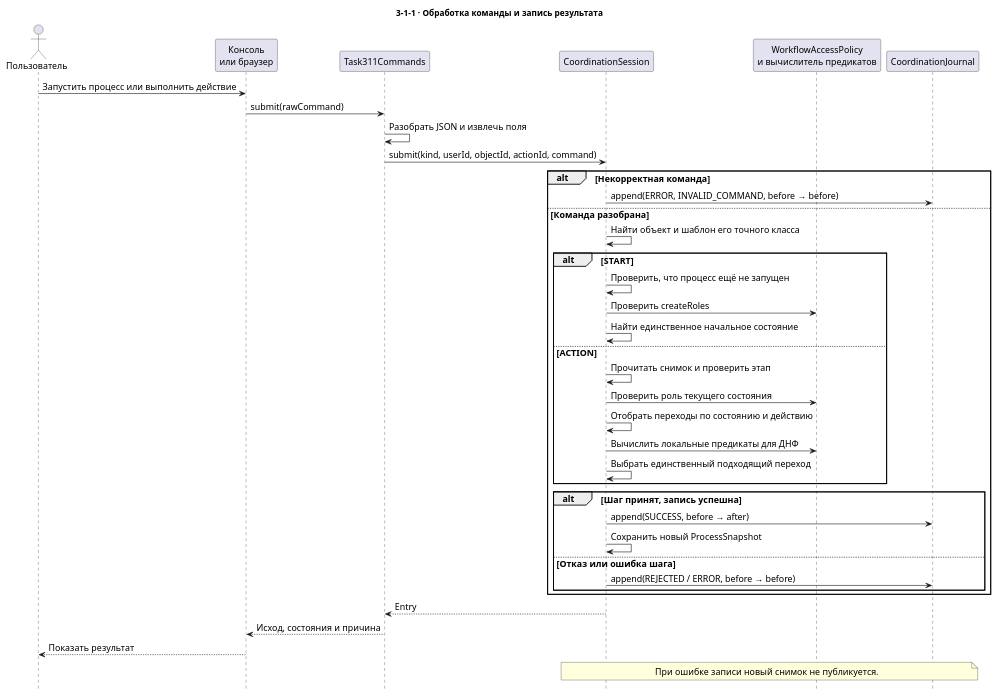
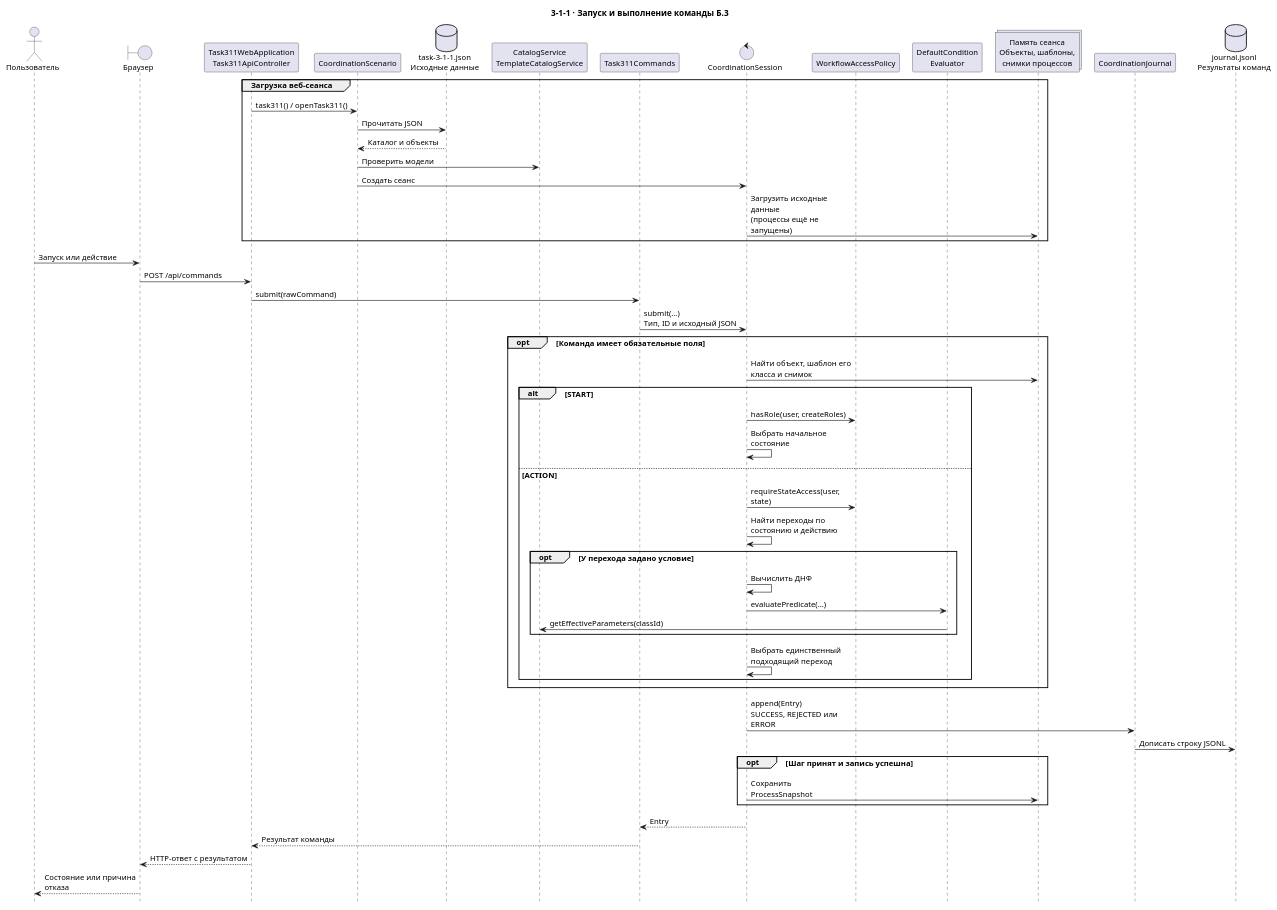
Before and after one commit to RamanPan/MOIPIS-labs: the diagram in lab1/docs/diagrams/medium/task-3-1-1/command.puml, drawn with PlantUML. The commit also changed 3 other files, not shown here.

Commit message:
add diagrams

```diff
--- a/lab1/docs/diagrams/medium/task-3-1-1/command.puml
+++ b/lab1/docs/diagrams/medium/task-3-1-1/command.puml
@@ -1,46 +1,64 @@
 @startuml
-title 3-1-1 · Обработка команды и запись результата
+!pragma teoz true
+title 3-1-1 · Запуск и выполнение команды Б.3
 hide footbox
 skinparam shadowing false
-skinparam defaultFontSize 15
+skinparam defaultFontSize 13
+skinparam ParticipantPadding 6
+skinparam maxMessageSize 170
 
 actor "Пользователь" as User
-participant "Консоль\nили браузер" as Input
+boundary "Браузер" as Browser
+participant "Task311WebApplication\nTask311ApiController" as Web
+participant CoordinationScenario as Scenario
+database "task-3-1-1.json\nИсходные данные" as Seed
+participant "CatalogService\nTemplateCatalogService" as Catalog
 participant Task311Commands as Commands
-participant CoordinationSession as Session
-participant "WorkflowAccessPolicy\nи вычислитель предикатов" as Checks
+control CoordinationSession as Session
+participant WorkflowAccessPolicy as Roles
+participant "DefaultCondition\nEvaluator" as Evaluator
+collections "Память сеанса\nОбъекты, шаблоны,\nснимки процессов" as Memory
 participant CoordinationJournal as Journal
+database "journal.jsonl\nРезультаты команд" as Log
 
-User -> Input : Запустить процесс или выполнить действие
-Input -> Commands : submit(rawCommand)
-Commands -> Commands : Разобрать JSON и извлечь поля
-Commands -> Session : submit(kind, userId, objectId, actionId, command)
-alt Некорректная команда
-  Session -> Journal : append(ERROR, INVALID_COMMAND, before → before)
-else Команда разобрана
-  Session -> Session : Найти объект и шаблон его точного класса
+group Загрузка веб-сеанса
+  Web -> Scenario : task311() / openTask311()
+  Scenario -> Seed : Прочитать JSON
+  Seed --> Scenario : Каталог и объекты
+  Scenario -> Catalog : Проверить модели
+  Scenario -> Session : Создать сеанс
+  Session -> Memory : Загрузить исходные данные\n(процессы ещё не запущены)
+end
+
+User -> Browser : Запуск или действие
+Browser -> Web : POST /api/commands
+Web -> Commands : submit(rawCommand)
+Commands -> Session : submit(...)\nТип, ID и исходный JSON
+
+opt Команда имеет обязательные поля
+  Session -> Memory : Найти объект, шаблон его класса и снимок
   alt START
-    Session -> Session : Проверить, что процесс ещё не запущен
-    Session -> Checks : Проверить createRoles
-    Session -> Session : Найти единственное начальное состояние
+    Session -> Roles : hasRole(user, createRoles)
+    Session -> Session : Выбрать начальное состояние
   else ACTION
-    Session -> Session : Прочитать снимок и проверить этап
-    Session -> Checks : Проверить роль текущего состояния
-    Session -> Session : Отобрать переходы по состоянию и действию
-    Session -> Checks : Вычислить локальные предикаты для ДНФ
+    Session -> Roles : requireStateAccess(user, state)
+    Session -> Session : Найти переходы по состоянию и действию
+    opt У перехода задано условие
+      Session -> Session : Вычислить ДНФ
+      Session -> Evaluator : evaluatePredicate(...)
+      Evaluator -> Catalog : getEffectiveParameters(classId)
+    end
     Session -> Session : Выбрать единственный подходящий переход
   end
-  alt Шаг принят, запись успешна
-    Session -> Journal : append(SUCCESS, before → after)
-    Session -> Session : Сохранить новый ProcessSnapshot
-  else Отказ или ошибка шага
-    Session -> Journal : append(REJECTED / ERROR, before → before)
-  end
+end
+
+Session -> Journal : append(Entry)\nSUCCESS, REJECTED или ERROR
+Journal -> Log : Дописать строку JSONL
+opt Шаг принят и запись успешна
+  Session -> Memory : Сохранить ProcessSnapshot
 end
 Session --> Commands : Entry
-Commands --> Input : Исход, состояния и причина
-Input --> User : Показать результат
-note over Session, Journal
-  При ошибке записи новый снимок не публикуется.
-end note
+Commands --> Web : Результат команды
+Web --> Browser : HTTP-ответ с результатом
+Browser --> User : Состояние или причина отказа
 @enduml
```
